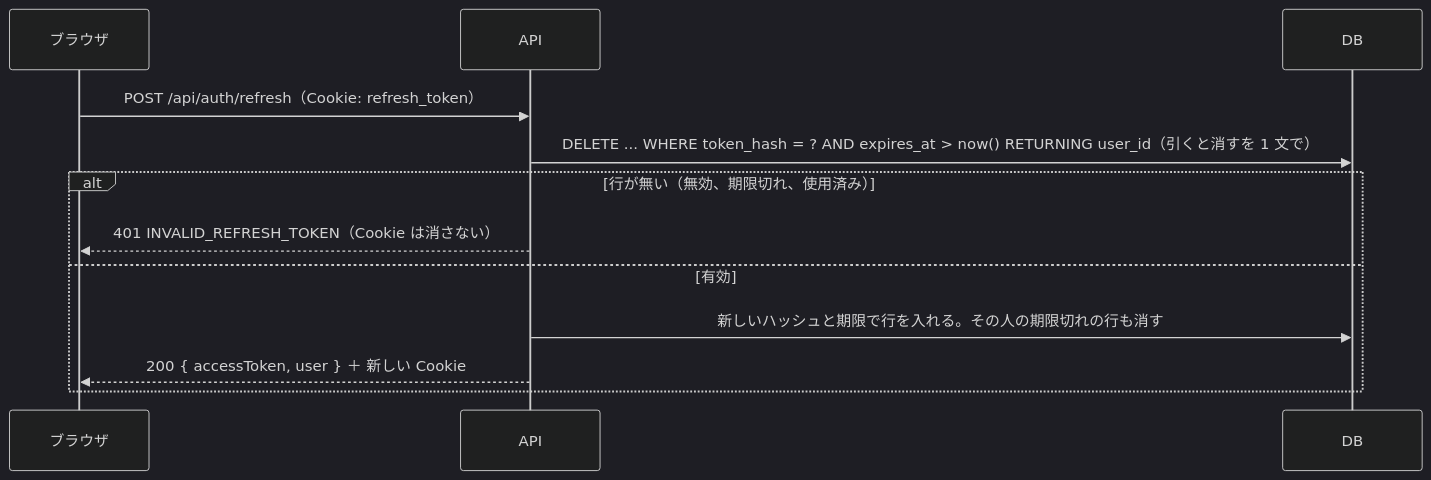
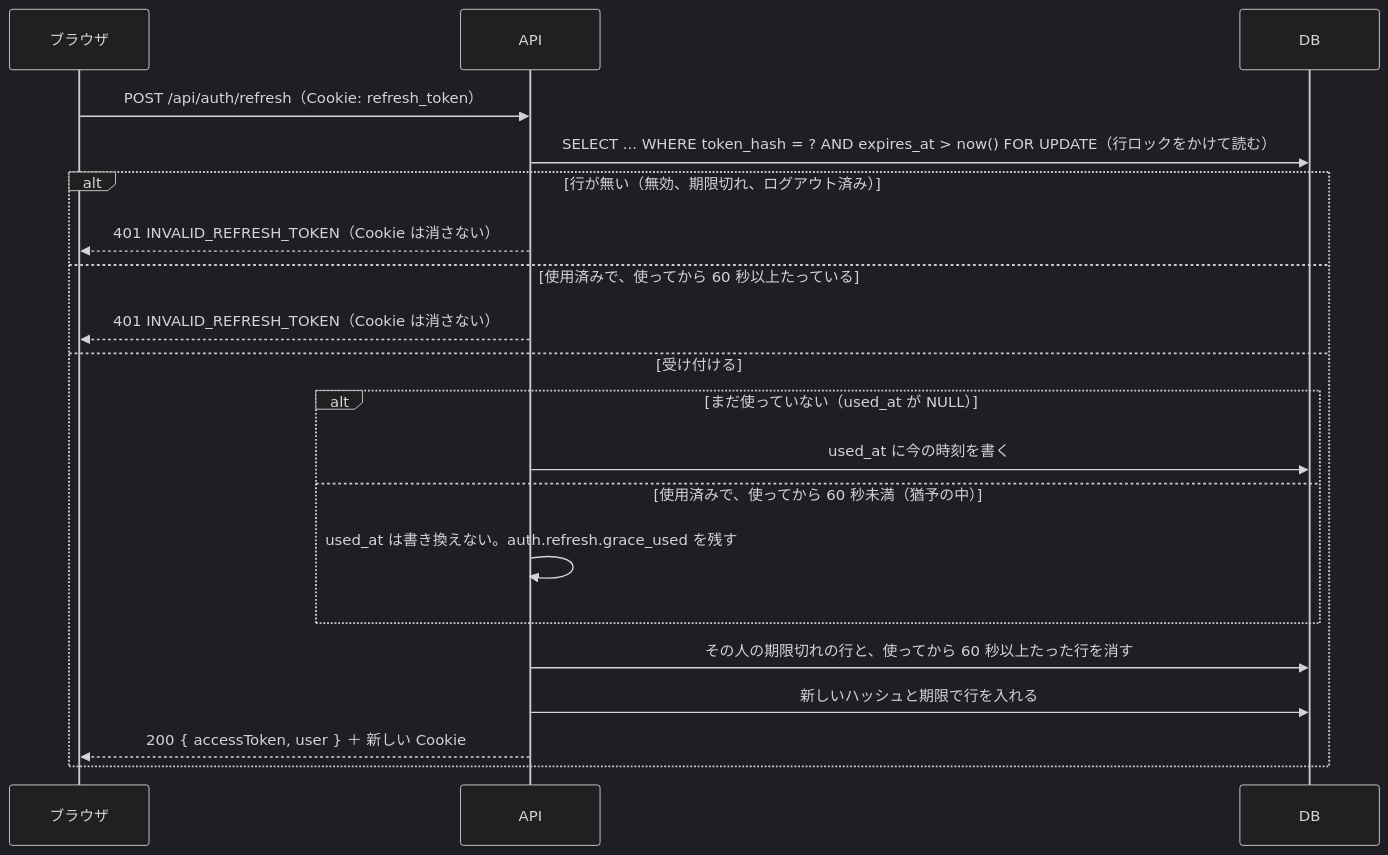
Before and after one commit to tk-media-code/raise-timeline: the third of 4 diagrams in docs/auth-design.md, drawn with Mermaid (dark theme). The commit also changed other lines of this file and 9 other files, not shown here.

````diff
--- a/docs/auth-design.md
+++ b/docs/auth-design.md
@@ -81,14 +81,22 @@
 ```mermaid
 sequenceDiagram
     participant B as ブラウザ
     participant A as API
     participant DB
     B->>A: POST /api/auth/refresh（Cookie: refresh_token）
-    A->>DB: DELETE ... WHERE token_hash = ? AND expires_at > now() RETURNING user_id（引くと消すを 1 文で）
-    alt 行が無い（無効、期限切れ、使用済み）
+    A->>DB: SELECT ... WHERE token_hash = ? AND expires_at > now() FOR UPDATE（行ロックをかけて読む）
+    alt 行が無い（無効、期限切れ、ログアウト済み）
         A-->>B: 401 INVALID_REFRESH_TOKEN（Cookie は消さない）
-    else 有効
-        A->>DB: 新しいハッシュと期限で行を入れる。その人の期限切れの行も消す
+    else 使用済みで、使ってから 60 秒以上たっている
+        A-->>B: 401 INVALID_REFRESH_TOKEN（Cookie は消さない）
+    else 受け付ける
+        alt まだ使っていない（used_at が NULL）
+            A->>DB: used_at に今の時刻を書く
+        else 使用済みで、使ってから 60 秒未満（猶予の中）
+            A->>A: used_at は書き換えない。auth.refresh.grace_used を残す
+        end
+        A->>DB: その人の期限切れの行と、使ってから 60 秒以上たった行を消す
+        A->>DB: 新しいハッシュと期限で行を入れる
         A-->>B: 200 { accessToken, user } ＋ 新しい Cookie
     end
 ```
````
